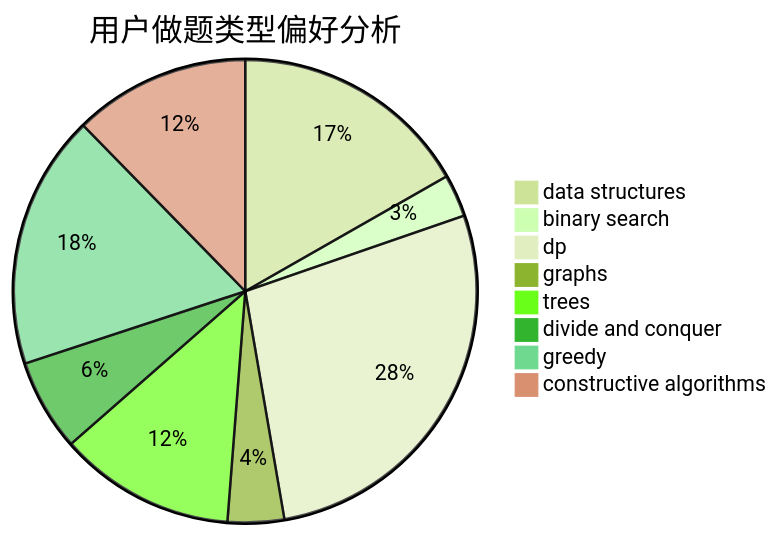
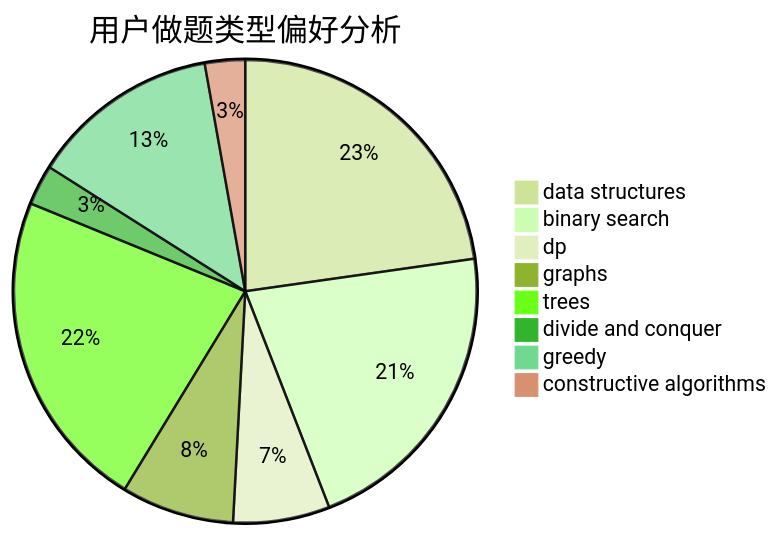
Before and after one commit to sherpahu/cfrs.github.io: the second of 3 diagrams in docs/user/u1777.md, drawn with Mermaid (forest theme). The commit also changed other lines of this file and 2770 other files, not shown here.

````diff
--- a/docs/user/u1777.md
+++ b/docs/user/u1777.md
@@ -23,11 +23,11 @@
 ```mermaid
 pie title 用户做题类型偏好分析
-    "data structures" :  34
-    "binary search" :  6
-    "dp" :  56
-    "graphs" :  8
-    "trees" :  25
-    "divide and conquer" :  13
-    "greedy" :  36
-    "constructive algorithms" :  25
+    "data structures" :  81
+    "binary search" :  76
+    "dp" :  24
+    "graphs" :  28
+    "trees" :  80
+    "divide and conquer" :  10
+    "greedy" :  47
+    "constructive algorithms" :  10
 ```
````
